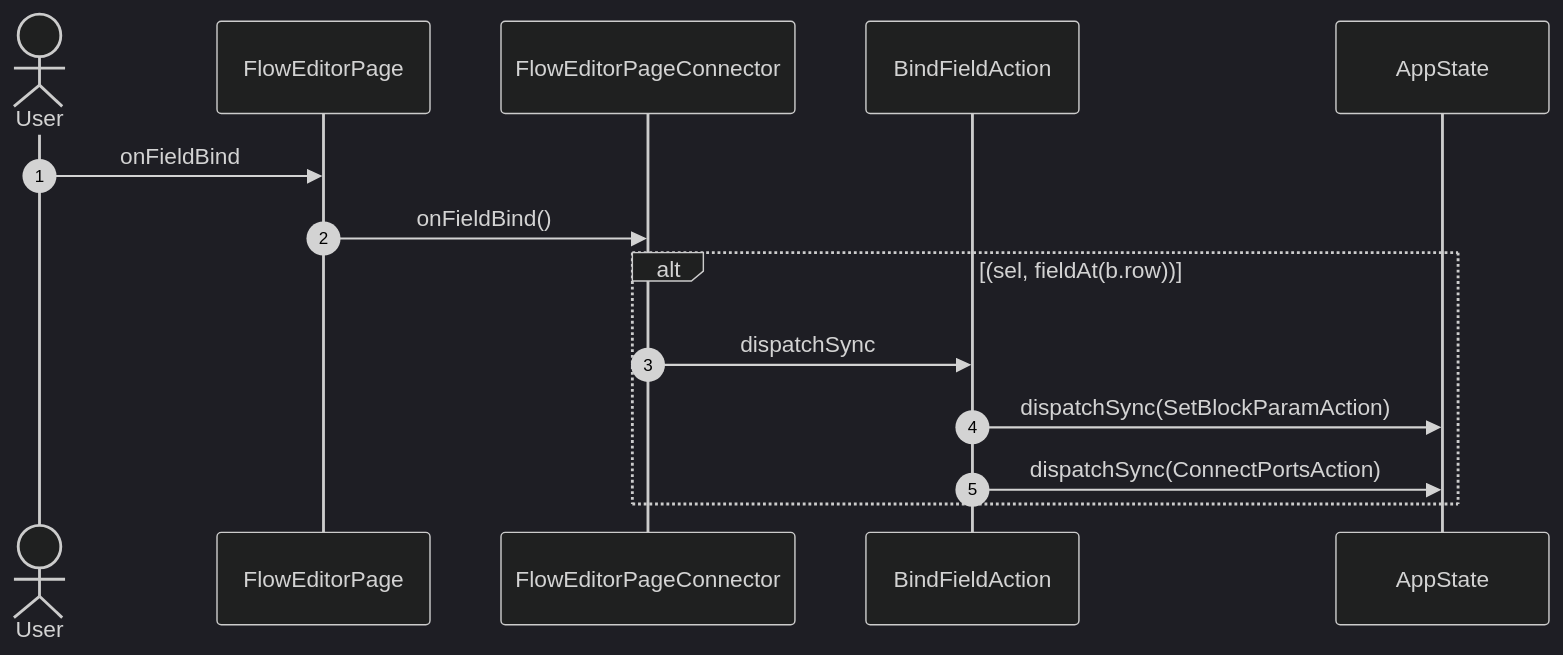
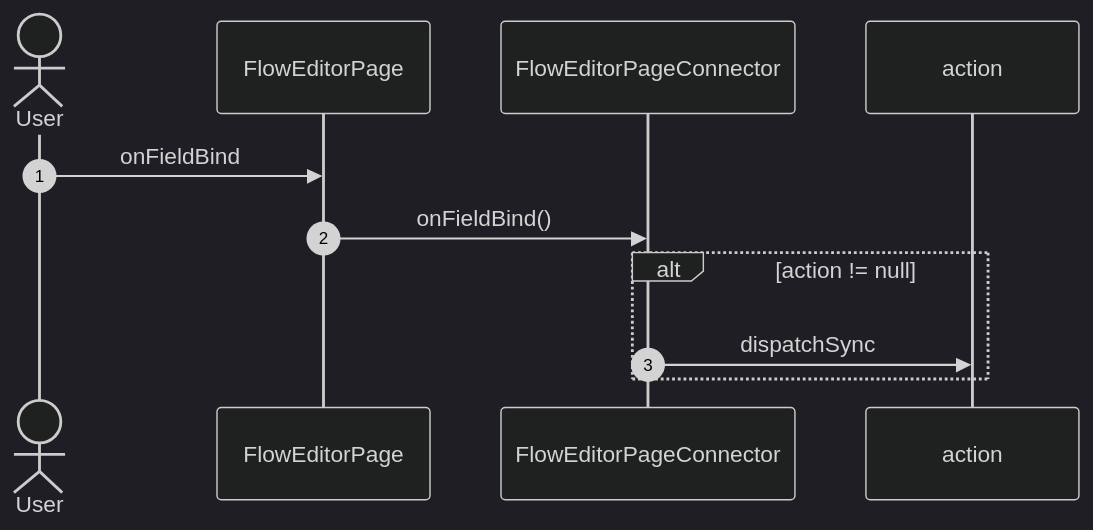
Before and after one commit to gencto/wyrm: diagram 38 of 41 in studio/docs/flows/flowEditor.md, drawn with Mermaid (dark theme). The commit also changed other lines of this file and 19 other files, not shown here.

First line of the commit message:
studio: flow editor: questions keyed by what answers them; a connector under 400 lines

````diff
--- a/studio/docs/flows/flowEditor.md
+++ b/studio/docs/flows/flowEditor.md
@@ -506,17 +645,14 @@
 ```mermaid
 sequenceDiagram
     autonumber
     actor User
     participant UI as FlowEditorPage
     participant VM as FlowEditorPageConnector
-    participant A1 as BindFieldAction
-    participant ST as AppState
+    participant A1 as action
 
     User->>UI: onFieldBind
     UI->>VM: onFieldBind()
-    alt (sel, fieldAt(b.row))
+    alt action != null
         VM->>A1: dispatchSync
-        A1->>ST: dispatchSync(SetBlockParamAction)
-        A1->>ST: dispatchSync(ConnectPortsAction)
     end
 ```
````
